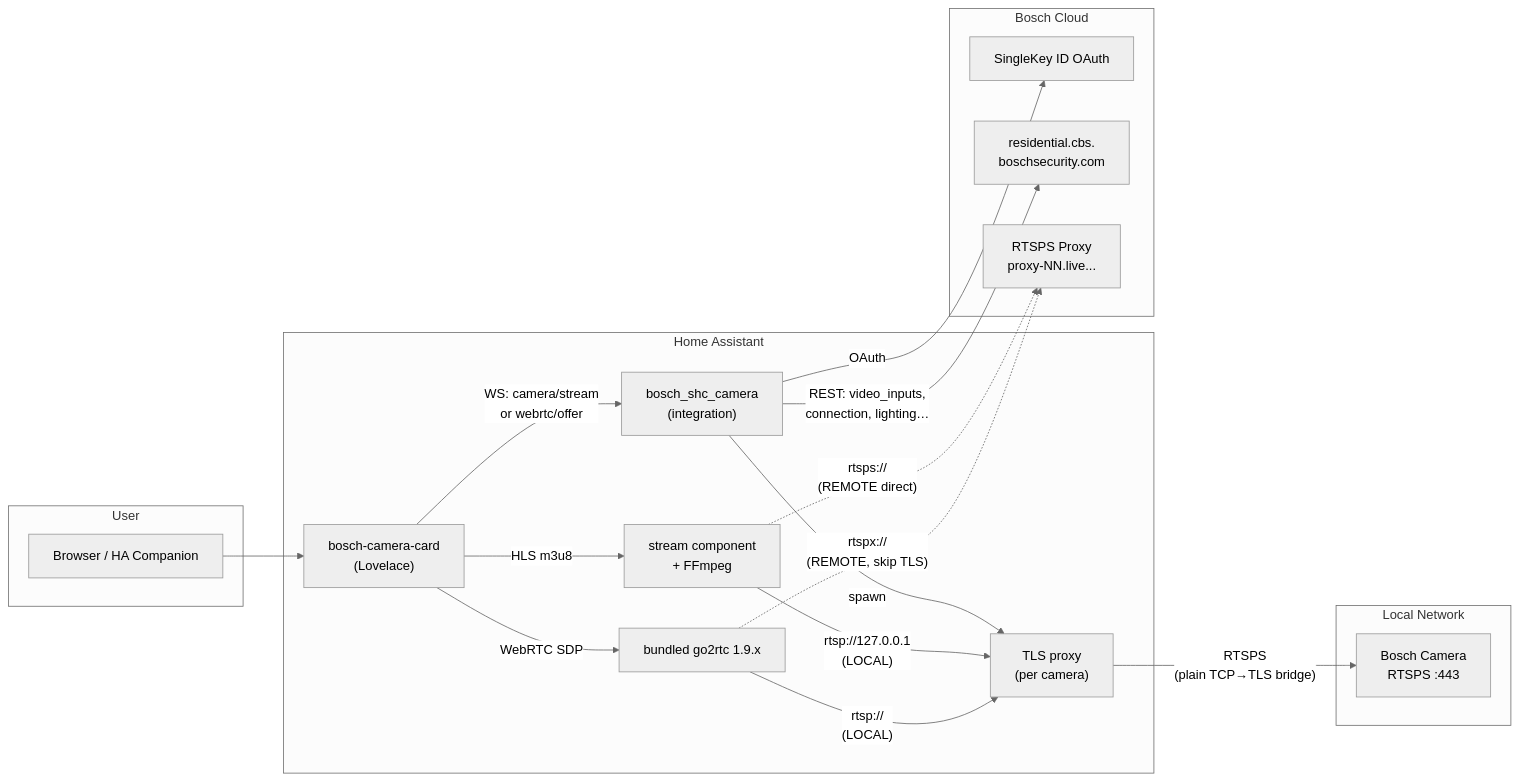
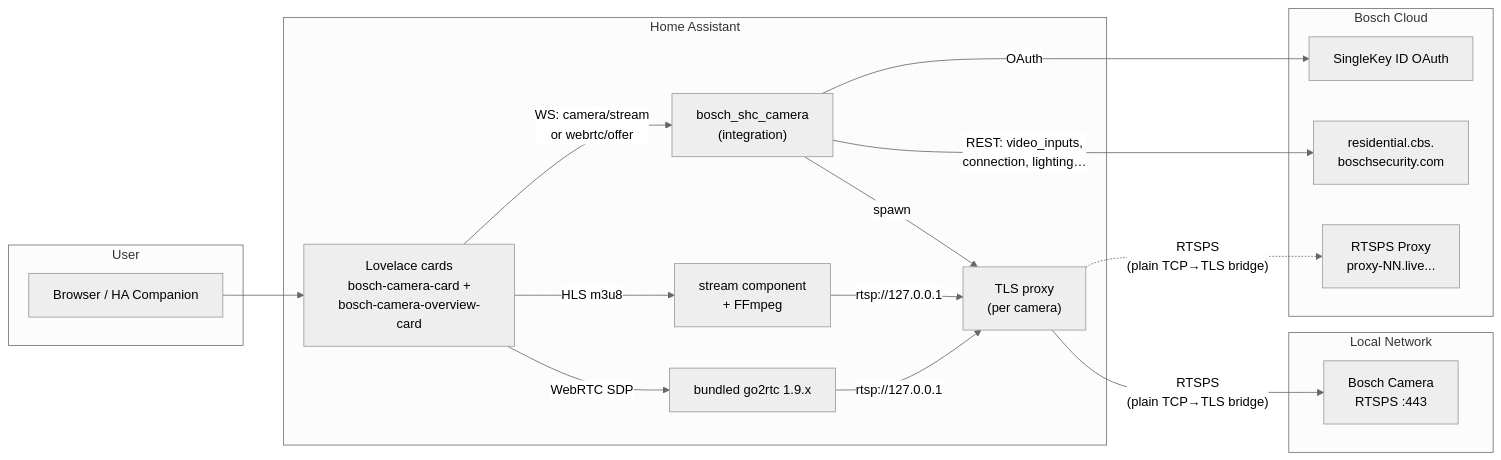
One commit to mosandlt/Bosch-Smart-Home-Camera-Tool-HomeAssistant changed the first of 2 diagrams in README.md. Above: the diagram before and after it, drawn with Mermaid (neutral theme). The commit also changed other lines of this file, not shown here.

````diff
--- a/README.md
+++ b/README.md
@@ -160,34 +166,33 @@
 ```mermaid
 graph LR
     subgraph User["User"]
         B["Browser / HA Companion"]
     end
     subgraph HA["Home Assistant"]
-        Card["bosch-camera-card<br/>(Lovelace)"]
+        Card["Lovelace cards<br/>bosch-camera-card +<br/>bosch-camera-overview-card"]
         Int["bosch_shc_camera<br/>(integration)"]
         Stream["stream component<br/>+ FFmpeg"]
         G2["bundled go2rtc 1.9.x"]
         TLS["TLS proxy<br/>(per camera)"]
     end
     subgraph LAN["Local Network"]
         Cam["Bosch Camera<br/>RTSPS :443"]
     end
     subgraph Cloud["Bosch Cloud"]
         OAuth["SingleKey ID OAuth"]
         API["residential.cbs.<br/>boschsecurity.com"]
         CRP["RTSPS Proxy<br/>proxy-NN.live..."]
     end
 
     B --> Card
     Card -->|"WS: camera/stream<br/>or webrtc/offer"| Int
     Card -->|"HLS m3u8"| Stream
     Card -->|"WebRTC SDP"| G2
     Int -->|"OAuth"| OAuth
     Int -->|"REST: video_inputs,<br/>connection, lighting…"| API
     Int -->|"spawn"| TLS
     TLS -->|"RTSPS<br/>(plain TCP→TLS bridge)"| Cam
-    Stream -->|"rtsp://127.0.0.1<br/>(LOCAL)"| TLS
-    Stream -.->|"rtsps://<br/>(REMOTE direct)"| CRP
-    G2 -->|"rtsp://<br/>(LOCAL)"| TLS
-    G2 -.->|"rtspx://<br/>(REMOTE, skip TLS)"| CRP
+    TLS -.->|"RTSPS<br/>(plain TCP→TLS bridge)"| CRP
+    Stream -->|"rtsp://127.0.0.1"| TLS
+    G2 -->|"rtsp://127.0.0.1"| TLS
 ```
````
